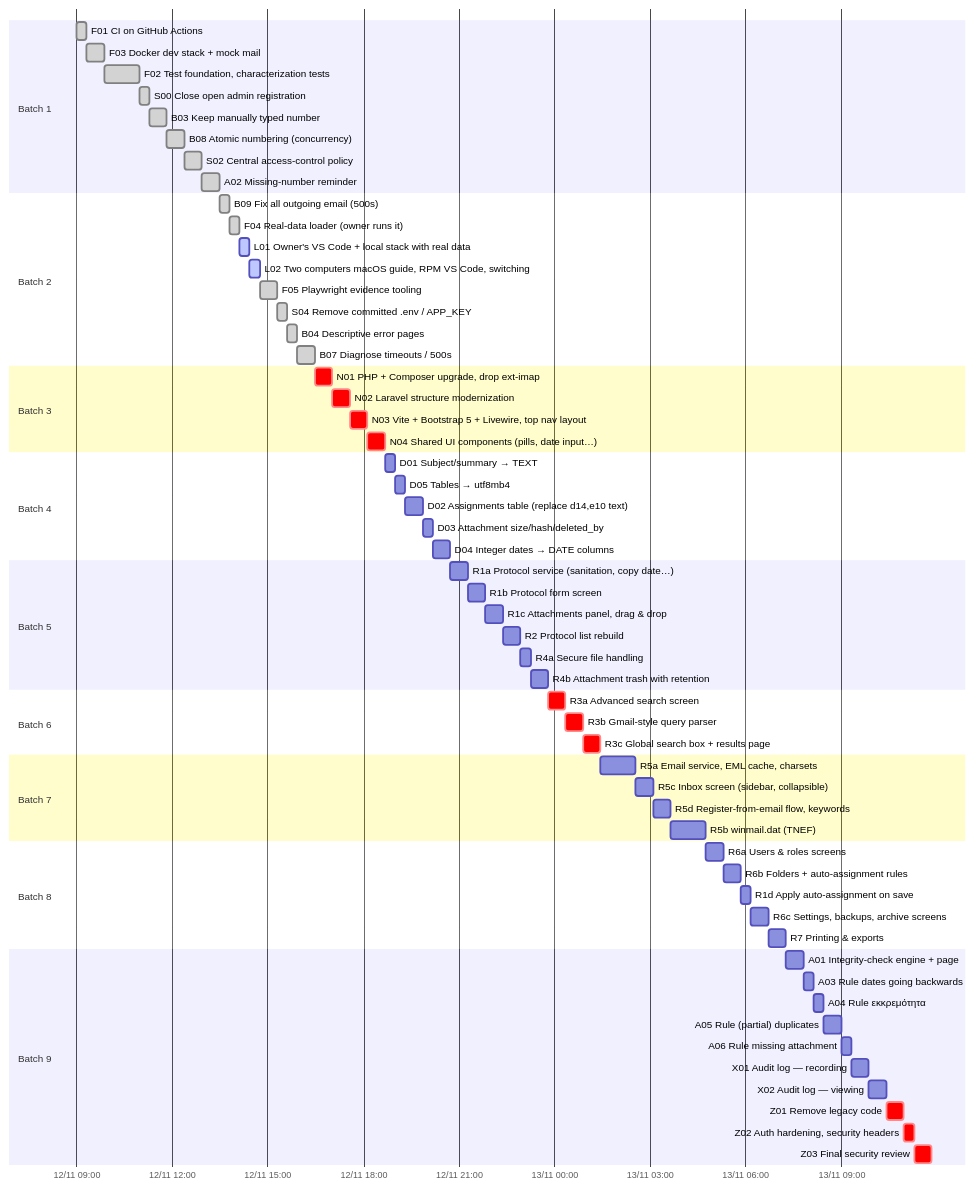
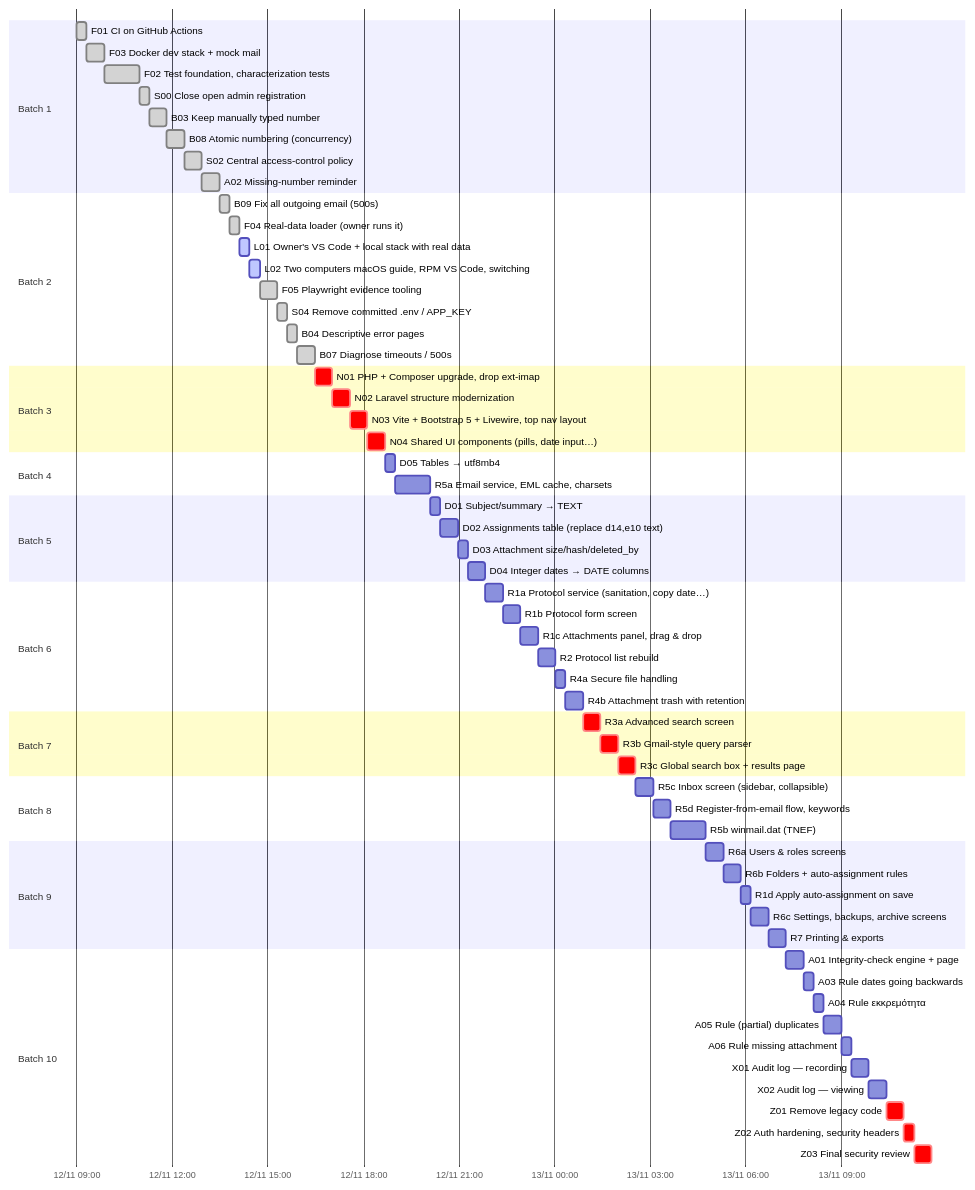
Before and after one commit to dipelaserasmus-del/electronic_protocol: the second of 2 diagrams in docs/plan/PROGRESS.md, drawn with Mermaid. The commit also changed other lines of this file and 5 other files, not shown here.

````diff
--- a/docs/plan/PROGRESS.md
+++ b/docs/plan/PROGRESS.md
@@ -197,68 +198,69 @@
 ```mermaid
 gantt
   dateFormat YYYY-MM-DD HH:mm
   axisFormat %d/%m %H:%M
   todayMarker off
   section Batch 1
   F01 CI on GitHub Actions :done, f01, 2026-11-12 09:00, 19m
   F03 Docker dev stack + mock mail :done, f03, 2026-11-12 09:19, 33m
   F02 Test foundation, characterization tests :done, f02, 2026-11-12 09:52, 66m
   S00 Close open admin registration :done, s00, 2026-11-12 10:58, 19m
   B03 Keep manually typed number :done, b03, 2026-11-12 11:17, 33m
   B08 Atomic numbering (concurrency) :done, b08, 2026-11-12 11:50, 33m
   S02 Central access-control policy :done, s02, 2026-11-12 12:23, 33m
   A02 Missing-number reminder :done, a02, 2026-11-12 12:56, 33m
   section Batch 2
   B09 Fix all outgoing email (500s) :done, b09, 2026-11-12 13:29, 19m
   F04 Real-data loader (owner runs it) :done, f04, 2026-11-12 13:48, 19m
   L01 Owner's VS Code + local stack with real data :active, l01, 2026-11-12 14:07, 19m
   L02 Two computers  macOS guide, RPM VS Code, switching :active, l02, 2026-11-12 14:26, 19m
   F05 Playwright evidence tooling :done, f05, 2026-11-12 14:45, 33m
   S04 Remove committed .env / APP_KEY :done, s04, 2026-11-12 15:18, 19m
   B04 Descriptive error pages :done, b04, 2026-11-12 15:37, 19m
   B07 Diagnose timeouts / 500s :done, b07, 2026-11-12 15:56, 33m
   section Batch 3
   N01 PHP + Composer upgrade, drop ext-imap :crit, n01, 2026-11-12 16:29, 33m
   N02 Laravel structure modernization :crit, n02, 2026-11-12 17:02, 33m
   N03 Vite + Bootstrap 5 + Livewire, top nav layout :crit, n03, 2026-11-12 17:35, 33m
   N04 Shared UI components (pills, date input…) :crit, n04, 2026-11-12 18:08, 33m
   section Batch 4
-  D01 Subject/summary → TEXT :d01, 2026-11-12 18:41, 19m
-  D05 Tables → utf8mb4 :d05, 2026-11-12 19:00, 19m
-  D02 Assignments table (replace d14,e10 text) :d02, 2026-11-12 19:19, 33m
-  D03 Attachment size/hash/deleted_by :d03, 2026-11-12 19:52, 19m
-  D04 Integer dates → DATE columns :d04, 2026-11-12 20:11, 33m
+  D05 Tables → utf8mb4 :d05, 2026-11-12 18:41, 19m
+  R5a Email service, EML cache, charsets :r5a, 2026-11-12 19:00, 66m
   section Batch 5
-  R1a Protocol service (sanitation, copy date…) :r1a, 2026-11-12 20:44, 33m
-  R1b Protocol form screen :r1b, 2026-11-12 21:17, 33m
-  R1c Attachments panel, drag & drop :r1c, 2026-11-12 21:50, 33m
-  R2 Protocol list rebuild :r2, 2026-11-12 22:23, 33m
-  R4a Secure file handling :r4a, 2026-11-12 22:56, 19m
-  R4b Attachment trash with retention :r4b, 2026-11-12 23:15, 33m
+  D01 Subject/summary → TEXT :d01, 2026-11-12 20:06, 19m
+  D02 Assignments table (replace d14,e10 text) :d02, 2026-11-12 20:25, 33m
+  D03 Attachment size/hash/deleted_by :d03, 2026-11-12 20:58, 19m
+  D04 Integer dates → DATE columns :d04, 2026-11-12 21:17, 33m
   section Batch 6
-  R3a Advanced search screen :crit, r3a, 2026-11-12 23:48, 33m
-  R3b Gmail-style query parser :crit, r3b, 2026-11-13 00:21, 33m
-  R3c Global search box + results page :crit, r3c, 2026-11-13 00:54, 33m
+  R1a Protocol service (sanitation, copy date…) :r1a, 2026-11-12 21:50, 33m
+  R1b Protocol form screen :r1b, 2026-11-12 22:23, 33m
+  R1c Attachments panel, drag & drop :r1c, 2026-11-12 22:56, 33m
+  R2 Protocol list rebuild :r2, 2026-11-12 23:29, 33m
+  R4a Secure file handling :r4a, 2026-11-13 00:02, 19m
+  R4b Attachment trash with retention :r4b, 2026-11-13 00:21, 33m
   section Batch 7
-  R5a Email service, EML cache, charsets :r5a, 2026-11-13 01:27, 66m
+  R3a Advanced search screen :crit, r3a, 2026-11-13 00:54, 33m
+  R3b Gmail-style query parser :crit, r3b, 2026-11-13 01:27, 33m
+  R3c Global search box + results page :crit, r3c, 2026-11-13 02:00, 33m
+  section Batch 8
   R5c Inbox screen (sidebar, collapsible) :r5c, 2026-11-13 02:33, 33m
   R5d Register-from-email flow, keywords :r5d, 2026-11-13 03:06, 33m
   R5b winmail.dat (TNEF) :r5b, 2026-11-13 03:39, 66m
-  section Batch 8
+  section Batch 9
   R6a Users & roles screens :r6a, 2026-11-13 04:45, 33m
   R6b Folders + auto-assignment rules :r6b, 2026-11-13 05:18, 33m
   R1d Apply auto-assignment on save :r1d, 2026-11-13 05:51, 19m
   R6c Settings, backups, archive screens :r6c, 2026-11-13 06:10, 33m
   R7 Printing & exports :r7, 2026-11-13 06:43, 33m
-  section Batch 9
+  section Batch 10
   A01 Integrity-check engine + page :a01, 2026-11-13 07:16, 33m
   A03 Rule  dates going backwards :a03, 2026-11-13 07:49, 19m
   A04 Rule  εκκρεμότητα :a04, 2026-11-13 08:08, 19m
   A05 Rule  (partial) duplicates :a05, 2026-11-13 08:27, 33m
   A06 Rule  missing attachment :a06, 2026-11-13 09:00, 19m
   X01 Audit log — recording :x01, 2026-11-13 09:19, 33m
   X02 Audit log — viewing :x02, 2026-11-13 09:52, 33m
   Z01 Remove legacy code :crit, z01, 2026-11-13 10:25, 33m
   Z02 Auth hardening, security headers :crit, z02, 2026-11-13 10:58, 19m
   Z03 Final security review :crit, z03, 2026-11-13 11:17, 33m
 ```
````
